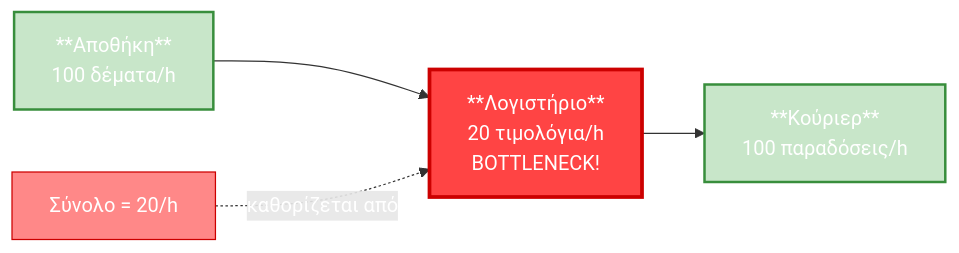
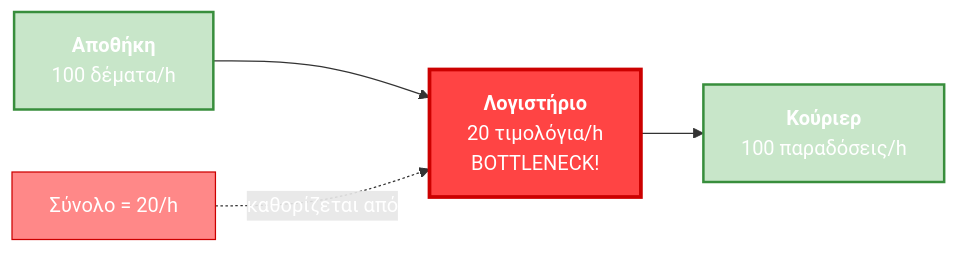
One commit to tsadimas-wa/dss-data-analytics changed the diagram in msc/img/lecture2/diag_bottleneck.mmd. Above: the diagram before and after it, drawn with Mermaid. The commit also changed 8 other files, not shown here.

First line of the commit message:
docs(lecture2): enhance content and diagram formatting

```diff
--- a/msc/img/lecture2/diag_bottleneck.mmd
+++ b/msc/img/lecture2/diag_bottleneck.mmd
@@ -1,7 +1,7 @@
 flowchart LR
-    A["**Αποθήκη**\n100 δέματα/h"] --> B["**Λογιστήριο**\n20 τιμολόγια/h\nBOTTLENECK!"] --> C["**Κούριερ**\n100 παραδόσεις/h"]
+    A["<b>Αποθήκη</b>\n100 δέματα/h"] --> B["<b>Λογιστήριο</b>\n20 τιμολόγια/h\nBOTTLENECK!"] --> C["<b>Κούριερ</b>\n100 παραδόσεις/h"]
     note["Σύνολο = 20/h"]:::label -.->|"καθορίζεται από"| B
     classDef label fill:#FF8888,color:#fff,stroke:#CC0000
     style B fill:#FF4444,color:#ffffff,stroke:#CC0000,stroke-width:3px
     style A fill:#C8E6C9,stroke:#388E3C,stroke-width:2px
     style C fill:#C8E6C9,stroke:#388E3C,stroke-width:2px
```
